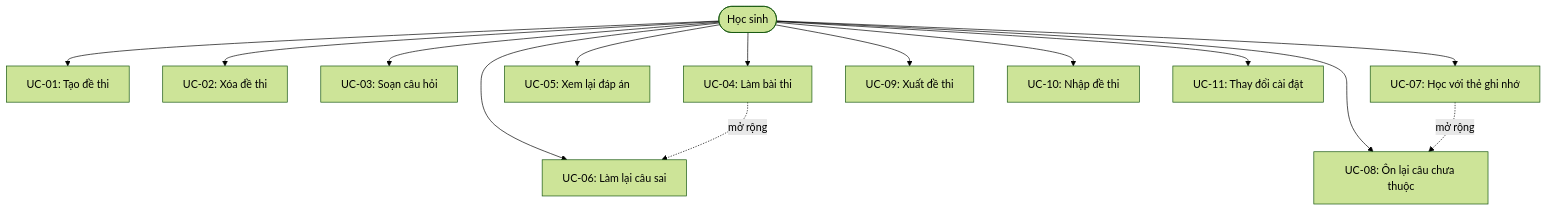
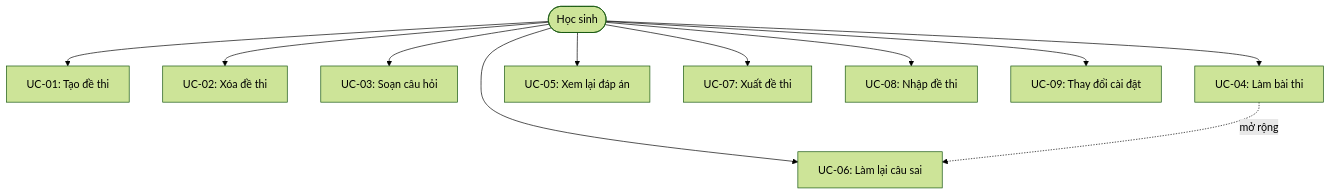
Before and after one commit to nghiaxh/quizzy: the tenth of 10 diagrams in docs/UC.md, drawn with Mermaid (forest theme). The commit also changed other lines of this file and 3 other files, not shown here.

````diff
--- a/docs/UC.md
+++ b/docs/UC.md
@@ -416,31 +338,26 @@
 ```mermaid
 graph TD
     HS(["Học sinh"])
 
     UC01["UC-01: Tạo đề thi"]
     UC02["UC-02: Xóa đề thi"]
     UC03["UC-03: Soạn câu hỏi"]
     UC04["UC-04: Làm bài thi"]
     UC05["UC-05: Xem lại đáp án"]
     UC06["UC-06: Làm lại câu sai"]
-    UC07["UC-07: Học với thẻ ghi nhớ"]
-    UC08["UC-08: Ôn lại câu chưa thuộc"]
-    UC09["UC-09: Xuất đề thi"]
-    UC10["UC-10: Nhập đề thi"]
-    UC11["UC-11: Thay đổi cài đặt"]
+    UC07["UC-07: Xuất đề thi"]
+    UC08["UC-08: Nhập đề thi"]
+    UC09["UC-09: Thay đổi cài đặt"]
 
     HS --> UC01
     HS --> UC02
     HS --> UC03
     HS --> UC04
     HS --> UC05
     HS --> UC06
     HS --> UC07
     HS --> UC08
     HS --> UC09
-    HS --> UC10
-    HS --> UC11
 
     UC04 -.->|mở rộng| UC06
-    UC07 -.->|mở rộng| UC08
 ```
````
